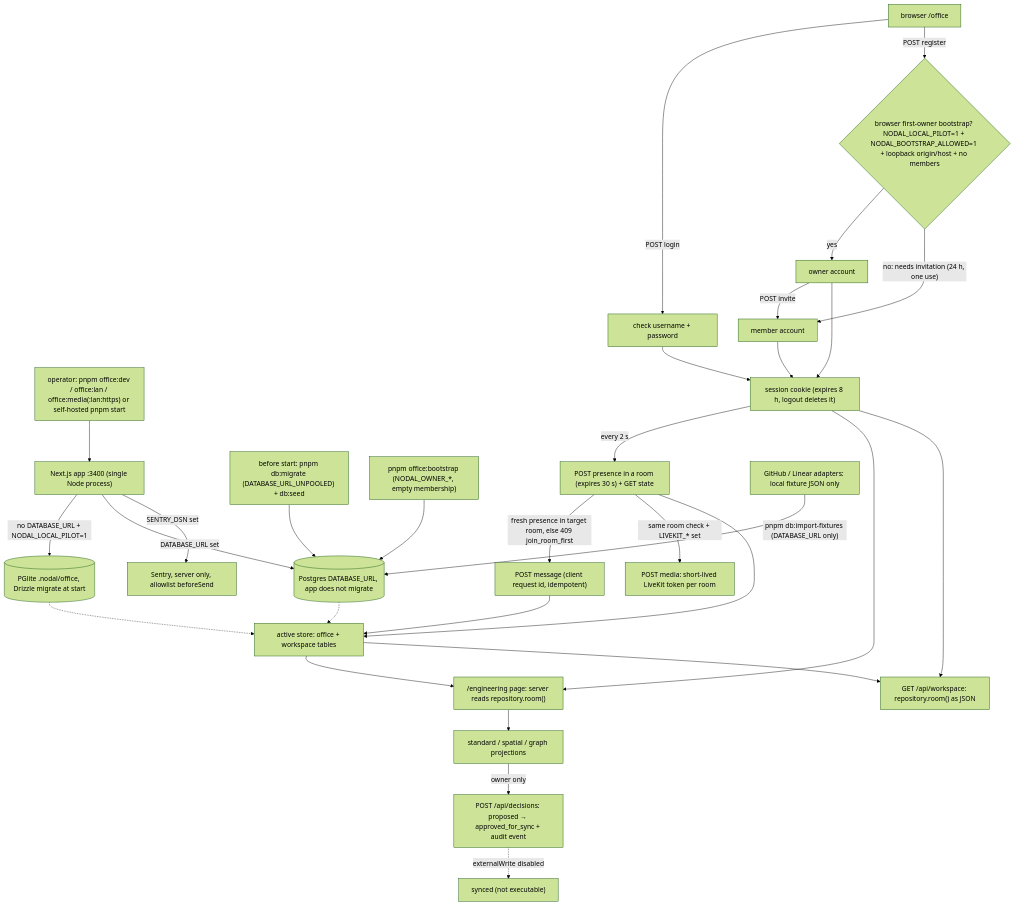
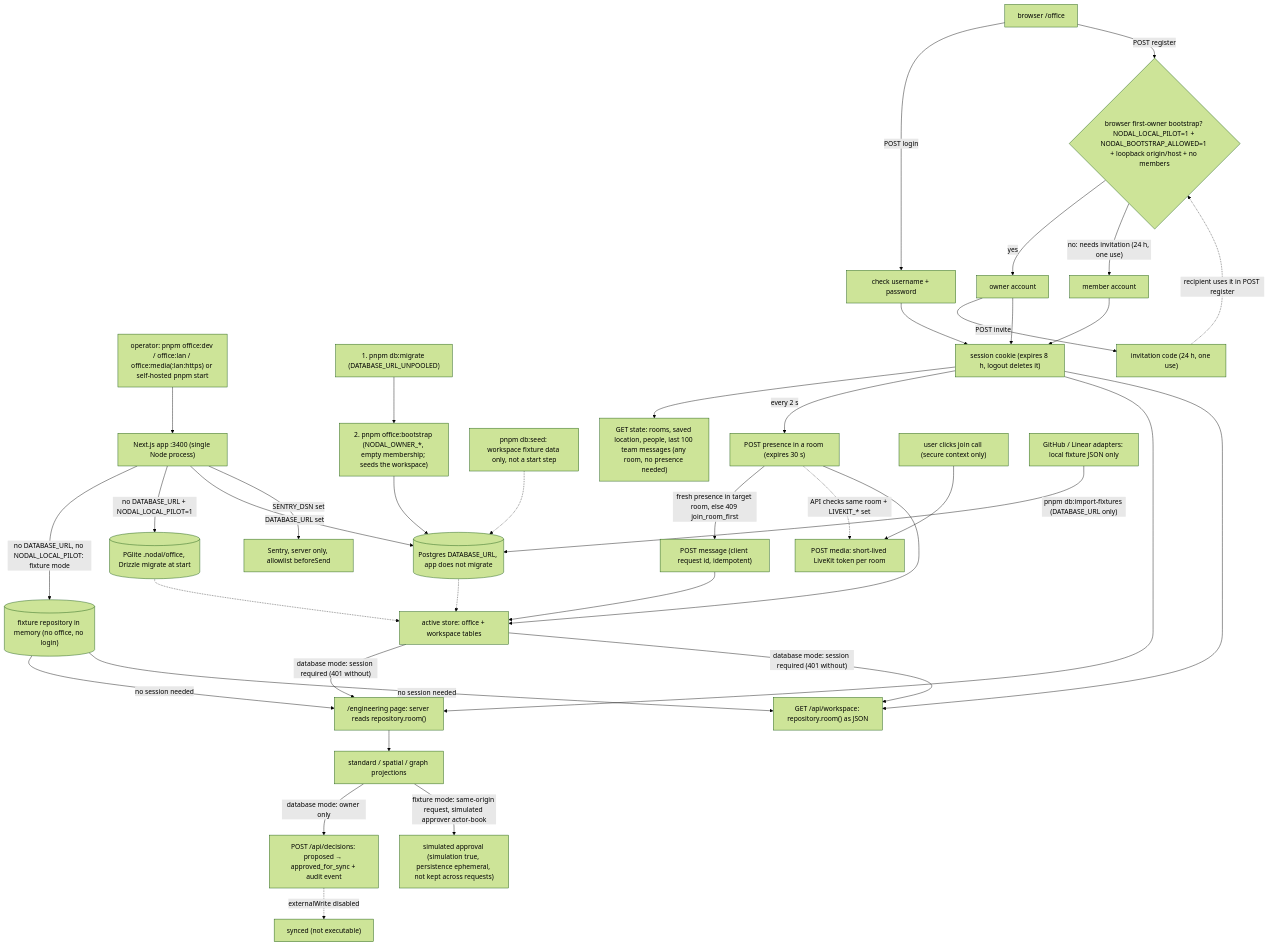
One commit to bookchaowalit/workplace-nodal changed the first of 2 diagrams in docs/diagrams/01-business-process.md. Above: the diagram before and after it, drawn with Mermaid (forest theme). The commit also changed other lines of this file, not shown here.

Commit message:
docs: separate fixture mode and session paths in As-Is diagram
Fixture mode (no DATABASE_URL, no NODAL_LOCAL_PILOT) serves /engineering
and /api/workspace without a session and only simulates approval. Also:
GET state is team-wide and separate from presence, a call starts when
the user joins, invite issues a code the recipient registers with, and
Postgres setup is migrate -> bootstrap -> start (db:seed is fixtures).

````diff
--- a/docs/diagrams/01-business-process.md
+++ b/docs/diagrams/01-business-process.md
@@ -9,32 +9,40 @@
 ```mermaid
 flowchart TD
   OP["operator: pnpm office:dev / office:lan / office:media(:lan:https) or self-hosted pnpm start"] --> APP["Next.js app :3400 (single Node process)"]
+  APP -->|"no DATABASE_URL, no NODAL_LOCAL_PILOT: fixture mode"| FXR[("fixture repository in memory (no office, no login)")]
   APP -->|"no DATABASE_URL + NODAL_LOCAL_PILOT=1"| PGL[("PGlite .nodal/office, Drizzle migrate at start")]
   APP -->|"DATABASE_URL set"| PG[("Postgres DATABASE_URL, app does not migrate")]
-  MIG["before start: pnpm db:migrate (DATABASE_URL_UNPOOLED) + db:seed"] --> PG
-  BOOT["pnpm office:bootstrap (NODAL_OWNER_*, empty membership)"] --> PG
+  MIG["1. pnpm db:migrate (DATABASE_URL_UNPOOLED)"] --> BOOT["2. pnpm office:bootstrap (NODAL_OWNER_*, empty membership; seeds the workspace)"]
+  BOOT --> PG
+  SEED["pnpm db:seed: workspace fixture data only, not a start step"] -.-> PG
   PGL -.-> DB["active store: office + workspace tables"]
   PG -.-> DB
   U["browser /office"] -->|"POST login"| LOGIN["check username + password"]
   LOGIN --> SESS["session cookie (expires 8 h, logout deletes it)"]
   U -->|"POST register"| AUTH{"browser first-owner bootstrap? NODAL_LOCAL_PILOT=1 + NODAL_BOOTSTRAP_ALLOWED=1 + loopback origin/host + no members"}
   AUTH -->|"yes"| OWNER["owner account"]
   AUTH -->|"no: needs invitation (24 h, one use)"| MEMBER["member account"]
-  OWNER -->|"POST invite"| MEMBER
+  OWNER -->|"POST invite"| CODE["invitation code (24 h, one use)"]
+  CODE -.->|"recipient uses it in POST register"| AUTH
   OWNER --> SESS
   MEMBER --> SESS
-  SESS -->|"every 2 s"| PRES["POST presence in a room (expires 30 s) + GET state"]
+  SESS --> STATE["GET state: rooms, saved location, people, last 100 team messages (any room, no presence needed)"]
+  SESS -->|"every 2 s"| PRES["POST presence in a room (expires 30 s)"]
   PRES -->|"fresh presence in target room, else 409 join_room_first"| MSG["POST message (client request id, idempotent)"]
-  PRES -->|"same room check + LIVEKIT_* set"| MEDIA["POST media: short-lived LiveKit token per room"]
+  JOIN["user clicks join call (secure context only)"] --> MEDIA["POST media: short-lived LiveKit token per room"]
+  PRES -.->|"API checks same room + LIVEKIT_* set"| MEDIA
   PRES --> DB
   MSG --> DB
   FIX["GitHub / Linear adapters: local fixture JSON only"] -->|"pnpm db:import-fixtures (DATABASE_URL only)"| PG
   SESS --> ENGP["/engineering page: server reads repository.room()"]
   SESS --> WAPI["GET /api/workspace: repository.room() as JSON"]
-  DB --> ENGP
-  DB --> WAPI
+  DB -->|"database mode: session required (401 without)"| ENGP
+  DB -->|"database mode: session required (401 without)"| WAPI
   ENGP --> PROJ["standard / spatial / graph projections"]
-  PROJ -->|"owner only"| APPR["POST /api/decisions: proposed → approved_for_sync + audit event"]
+  FXR -->|"no session needed"| ENGP
+  FXR -->|"no session needed"| WAPI
+  PROJ -->|"database mode: owner only"| APPR["POST /api/decisions: proposed → approved_for_sync + audit event"]
+  PROJ -->|"fixture mode: same-origin request, simulated approver actor-book"| SIM["simulated approval (simulation true, persistence ephemeral, not kept across requests)"]
   APPR -.->|"externalWrite disabled"| SYNC["synced (not executable)"]
   APP -->|"SENTRY_DSN set"| SENTRY["Sentry, server only, allowlist beforeSend"]
 ```
````
